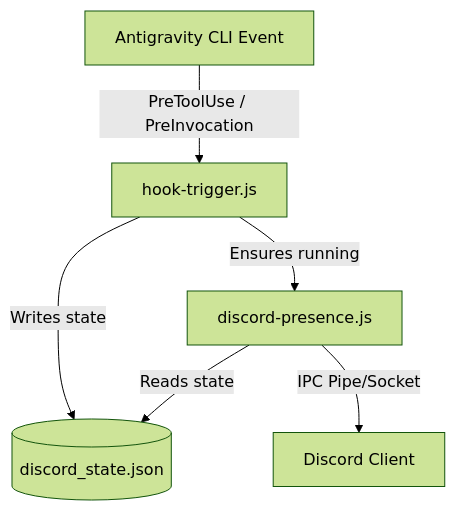
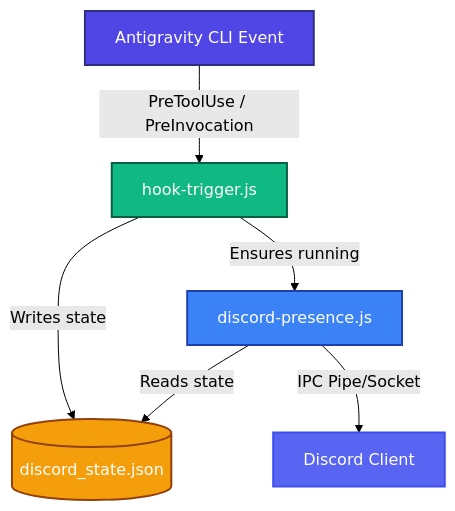
The diagram in README.md (itznan/agy-discord-presence), drawn with Mermaid (forest theme) before and after one commit.

Commit message:
Style Mermaid architecture diagram with colors in README

````diff
--- a/README.md
+++ b/README.md
@@ -56,8 +56,14 @@
 ```mermaid
 graph TD
     A[Antigravity CLI Event] -->|PreToolUse / PreInvocation| B[hook-trigger.js]
     B -->|Writes state| C[(discord_state.json)]
     B -->|Ensures running| D[discord-presence.js]
     D -->|Reads state| C
     D -->|IPC Pipe/Socket| E[Discord Client]
+
+    style A fill:#4f46e5,stroke:#312e81,stroke-width:2px,color:#fff
+    style B fill:#10b981,stroke:#065f46,stroke-width:2px,color:#fff
+    style C fill:#f59e0b,stroke:#92400e,stroke-width:2px,color:#fff
+    style D fill:#3b82f6,stroke:#1e40af,stroke-width:2px,color:#fff
+    style E fill:#5865F2,stroke:#404EED,stroke-width:2px,color:#fff
 ```
````
